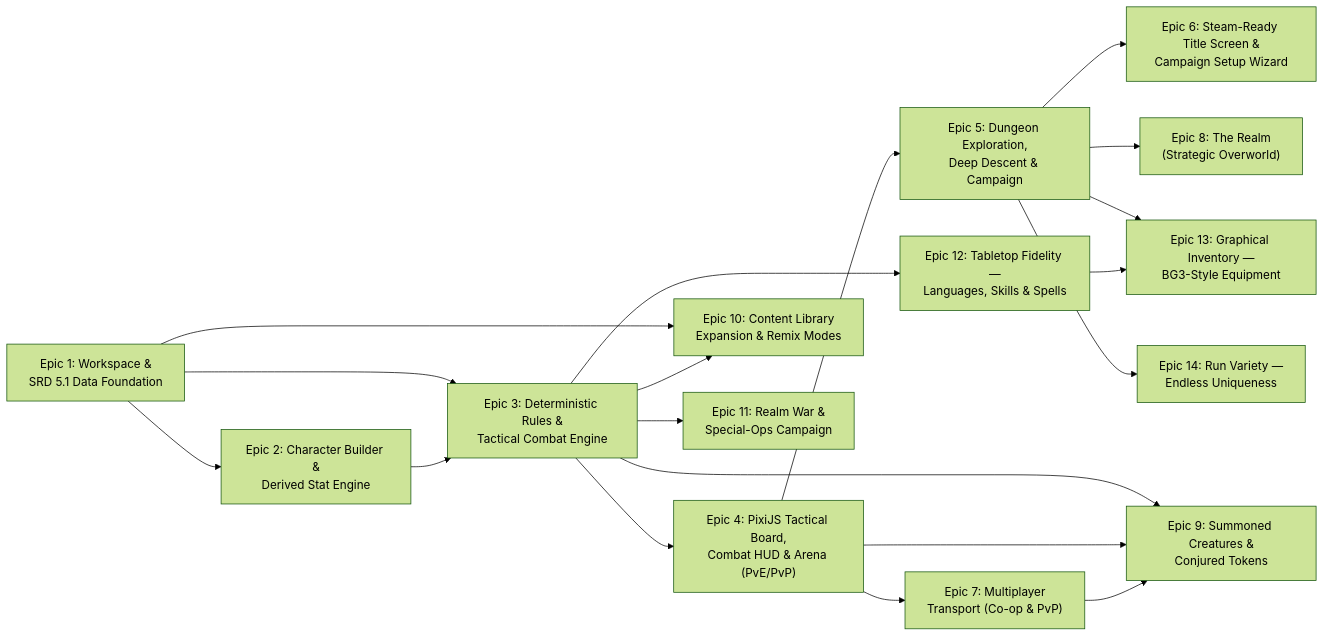
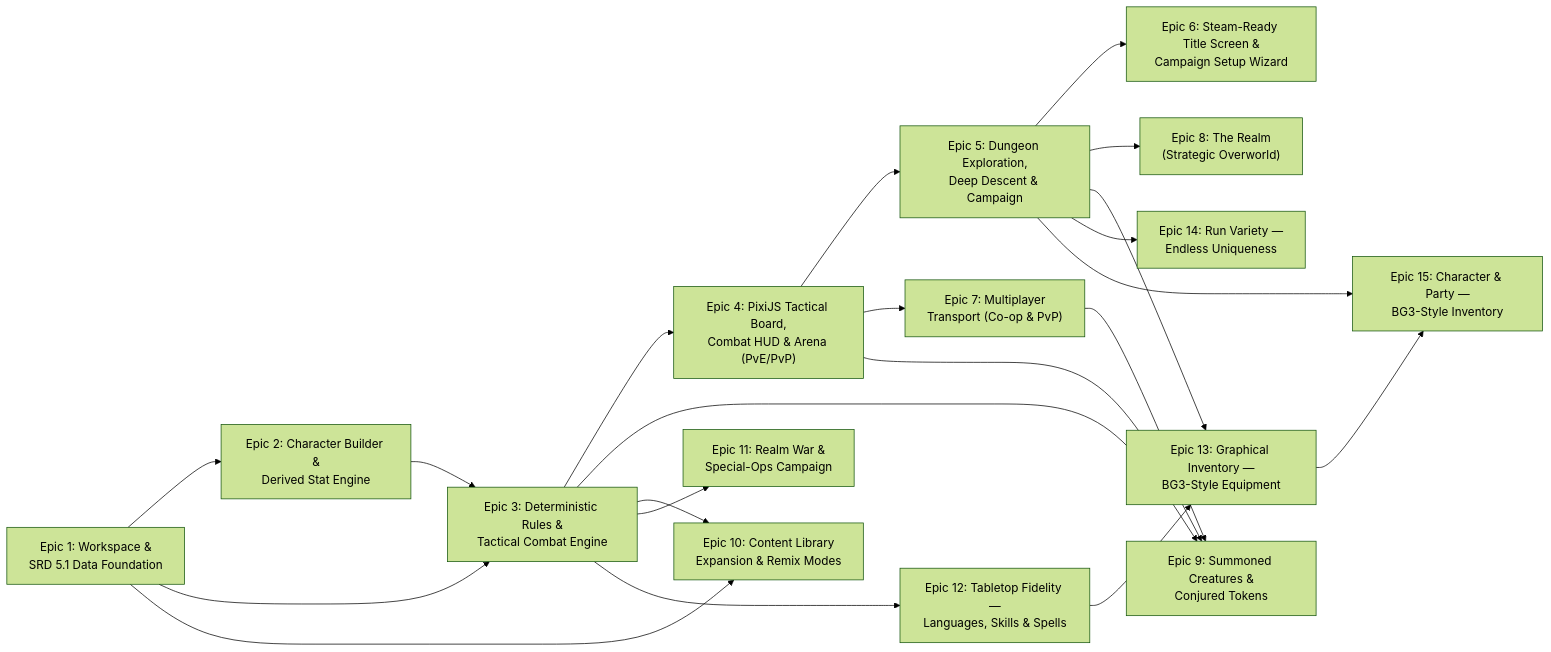
Before and after one commit to johwes/srd5-game: the diagram in BACKLOG.md, drawn with Mermaid (forest theme). The commit also changed other lines of this file and 8 other files, not shown here.

Commit message:
docs(backlog): add Epic 15 BG3-style Character & Party inventory spec and tickets

````diff
--- a/BACKLOG.md
+++ b/BACKLOG.md
@@ -14,21 +14,23 @@
 ```mermaid
 flowchart LR
     E1["Epic 1: Workspace &\nSRD 5.1 Data Foundation"] --> E2["Epic 2: Character Builder &\nDerived Stat Engine"]
     E1 --> E3["Epic 3: Deterministic Rules &\nTactical Combat Engine"]
     E2 --> E3
     E3 --> E4["Epic 4: PixiJS Tactical Board,\nCombat HUD & Arena (PvE/PvP)"]
     E4 --> E5["Epic 5: Dungeon Exploration,\nDeep Descent & Campaign"]
     E5 --> E6["Epic 6: Steam-Ready Title Screen &\nCampaign Setup Wizard"]
     E4 --> E7["Epic 7: Multiplayer\nTransport (Co-op & PvP)"]
     E5 --> E8["Epic 8: The Realm\n(Strategic Overworld)"]
     E3 --> E9["Epic 9: Summoned Creatures &\nConjured Tokens"]
     E4 --> E9
     E7 --> E9
     E1 --> E10["Epic 10: Content Library\nExpansion & Remix Modes"]
     E3 --> E10
     E3 --> E11["Epic 11: Realm War &\nSpecial-Ops Campaign"]
     E3 --> E12["Epic 12: Tabletop Fidelity —\nLanguages, Skills & Spells"]
     E5 --> E13["Epic 13: Graphical Inventory —\nBG3-Style Equipment"]
     E12 --> E13
     E5 --> E14["Epic 14: Run Variety —\nEndless Uniqueness"]
+    E13 --> E15["Epic 15: Character & Party —\nBG3-Style Inventory"]
+    E5 --> E15
 ```
````
